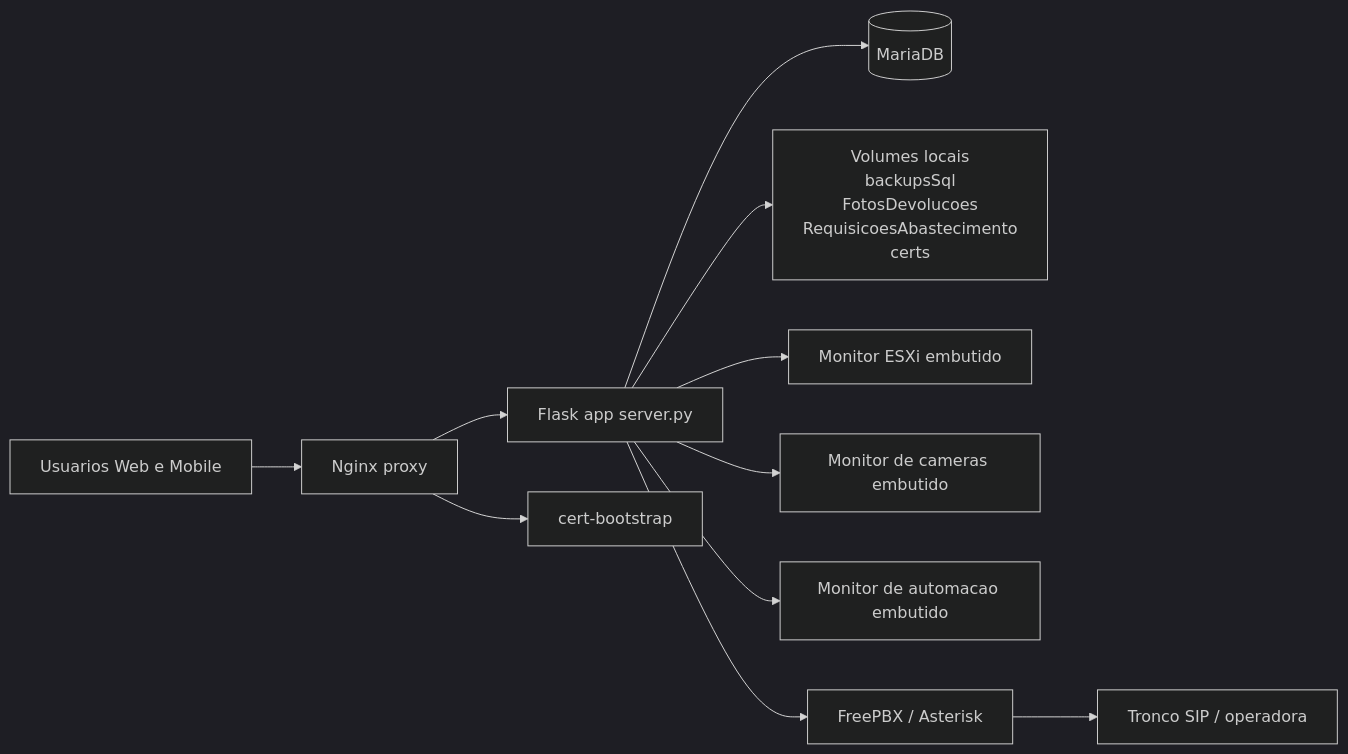
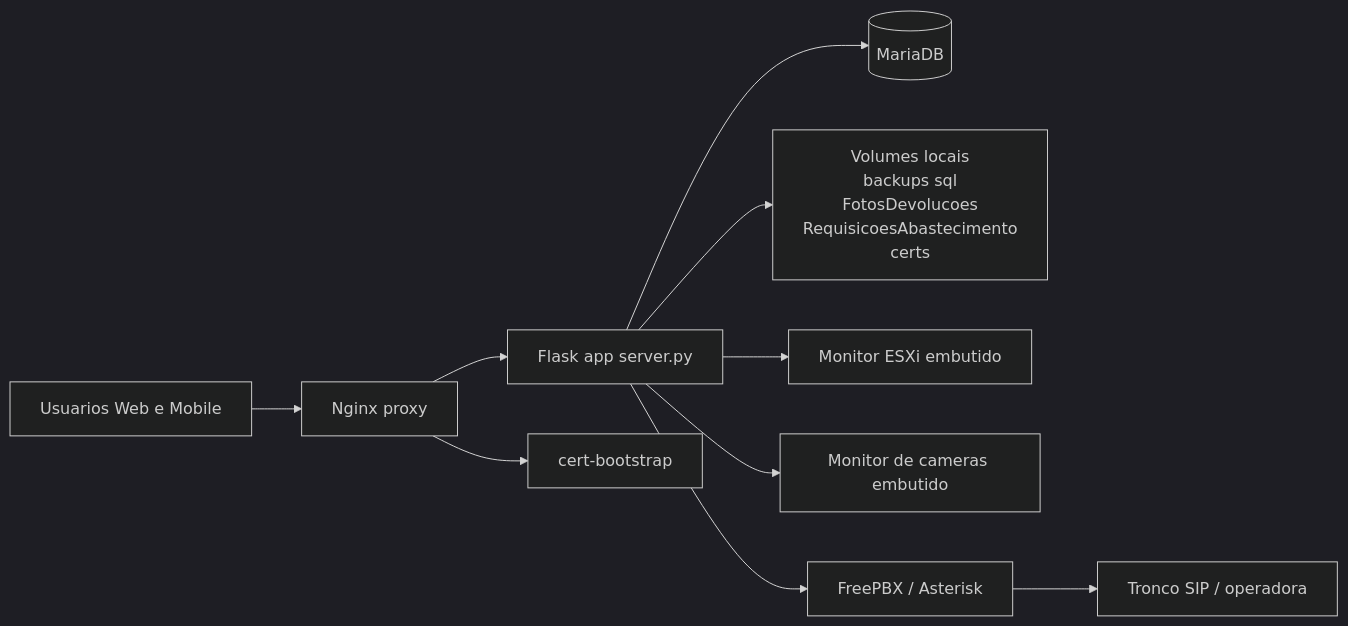
The first of 9 diagrams in apps/riob/source/docs/ARQUITETURA_SISTEMA.md (renansc/NanotechSoft), drawn with Mermaid (dark theme) before and after one commit. The commit also changed other lines of this file and 188 other files, not shown here.

````diff
--- a/apps/riob/source/docs/ARQUITETURA_SISTEMA.md
+++ b/apps/riob/source/docs/ARQUITETURA_SISTEMA.md
@@ -83,13 +79,12 @@
 ```mermaid
 flowchart LR
     U[Usuarios Web e Mobile] --> N[Nginx proxy]
     N --> A[Flask app server.py]
     A --> DB[(MariaDB)]
-    A --> FS[Volumes locais<br/>backupsSql<br/>FotosDevolucoes<br/>RequisicoesAbastecimento<br/>certs]
+    A --> FS[Volumes locais<br/>backups sql<br/>FotosDevolucoes<br/>RequisicoesAbastecimento<br/>certs]
     A --> E[Monitor ESXi embutido]
     A --> C[Monitor de cameras embutido]
-    A --> M[Monitor de automacao embutido]
     A --> PBX[FreePBX / Asterisk]
     PBX --> TRUNK[Tronco SIP / operadora]
     N --> CERT[cert-bootstrap]
 ```
````
